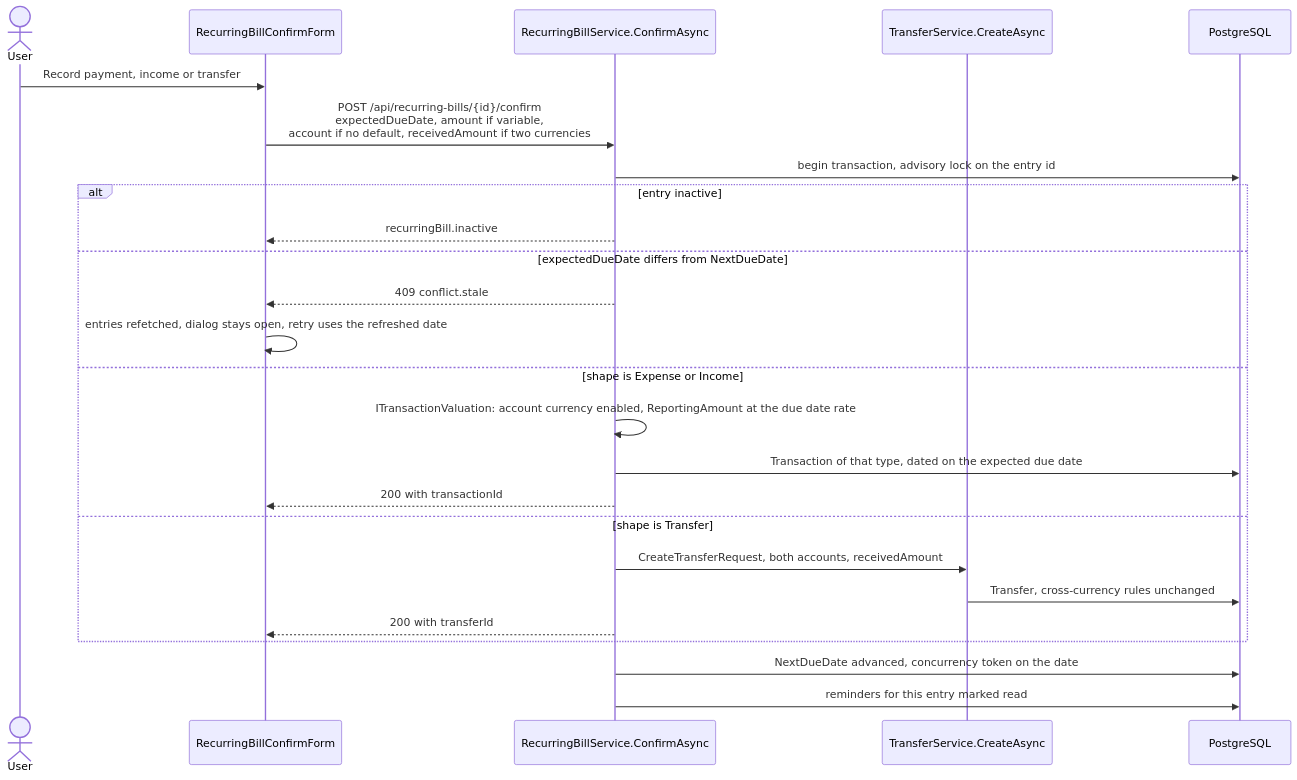
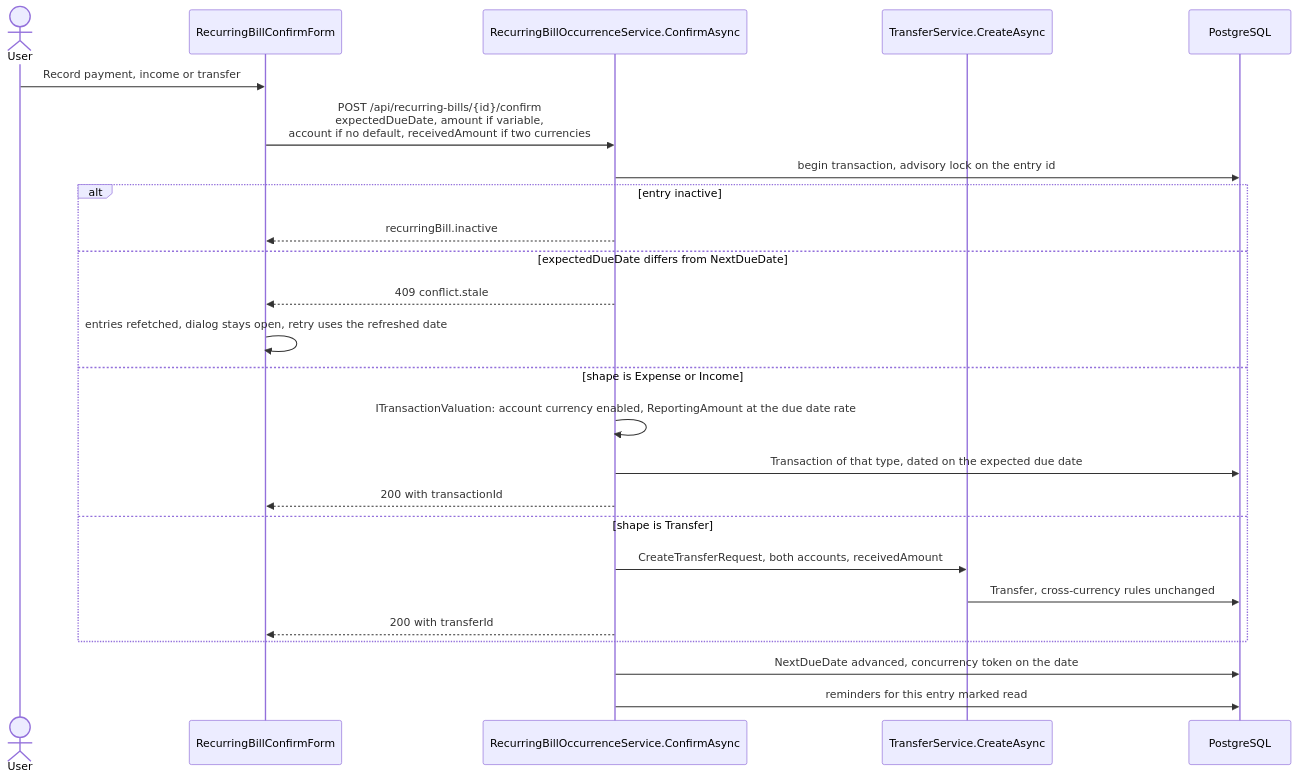
Before and after one commit to Justxs/Jx-Finance: the first of 5 diagrams in docs/features/recurring-bills.md, drawn with Mermaid. The commit also changed other lines of this file and 34 other files, not shown here.

First line of the commit message:
refactor(backend): split the largest services and catch wiring errors in architecture tests

````diff
--- a/docs/features/recurring-bills.md
+++ b/docs/features/recurring-bills.md
@@ -29,27 +29,27 @@
 ```mermaid
 sequenceDiagram
     actor User
     participant Form as RecurringBillConfirmForm
-    participant Api as RecurringBillService.ConfirmAsync
+    participant Api as RecurringBillOccurrenceService.ConfirmAsync
     participant Transfers as TransferService.CreateAsync
     participant Db as PostgreSQL
     User->>Form: Record payment, income or transfer
     Form->>Api: POST /api/recurring-bills/{id}/confirm<br/>expectedDueDate, amount if variable,<br/>account if no default, receivedAmount if two currencies
     Api->>Db: begin transaction, advisory lock on the entry id
     alt entry inactive
         Api-->>Form: recurringBill.inactive
     else expectedDueDate differs from NextDueDate
         Api-->>Form: 409 conflict.stale
         Form->>Form: entries refetched, dialog stays open, retry uses the refreshed date
     else shape is Expense or Income
         Api->>Api: ITransactionValuation: account currency enabled, ReportingAmount at the due date rate
         Api->>Db: Transaction of that type, dated on the expected due date
         Api-->>Form: 200 with transactionId
     else shape is Transfer
         Api->>Transfers: CreateTransferRequest, both accounts, receivedAmount
         Transfers->>Db: Transfer, cross-currency rules unchanged
         Api-->>Form: 200 with transferId
     end
     Api->>Db: NextDueDate advanced, concurrency token on the date
     Api->>Db: reminders for this entry marked read
 ```
````
